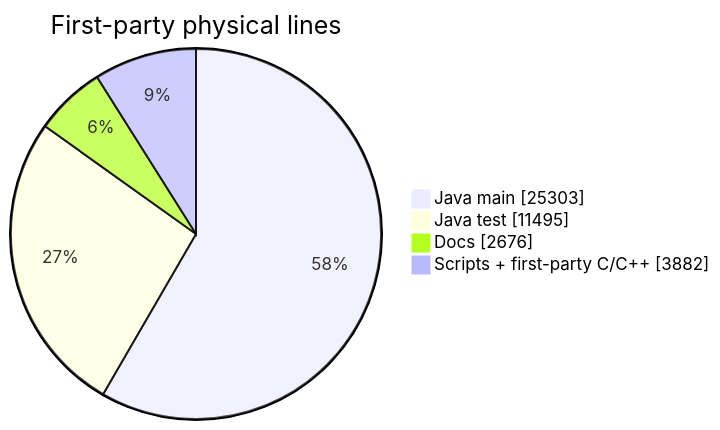
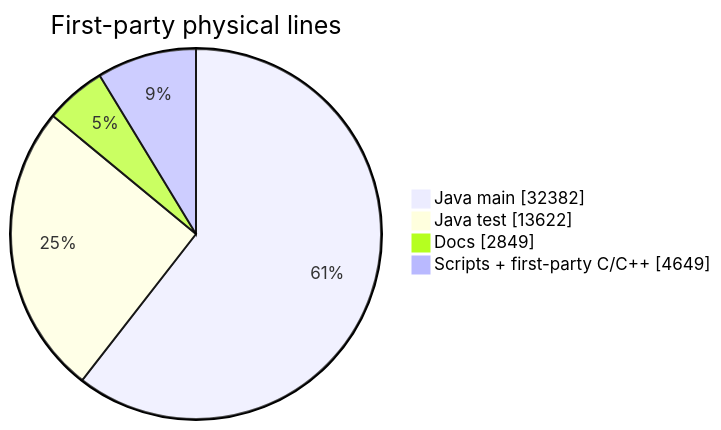
One commit to chris-piekarski/hot-iron changed the first of 2 diagrams in docs/stats.md. Above: the diagram before and after it, drawn with Mermaid. The commit also changed other lines of this file and 112 other files, not shown here.

````diff
--- a/docs/stats.md
+++ b/docs/stats.md
@@ -30,8 +30,8 @@
 ```mermaid
 pie showData
     title First-party physical lines
-    "Java main" : 25303
-    "Java test" : 11495
-    "Docs" : 2676
-    "Scripts + first-party C/C++" : 3882
+    "Java main" : 32382
+    "Java test" : 13622
+    "Docs" : 2849
+    "Scripts + first-party C/C++" : 4649
 ```
````
